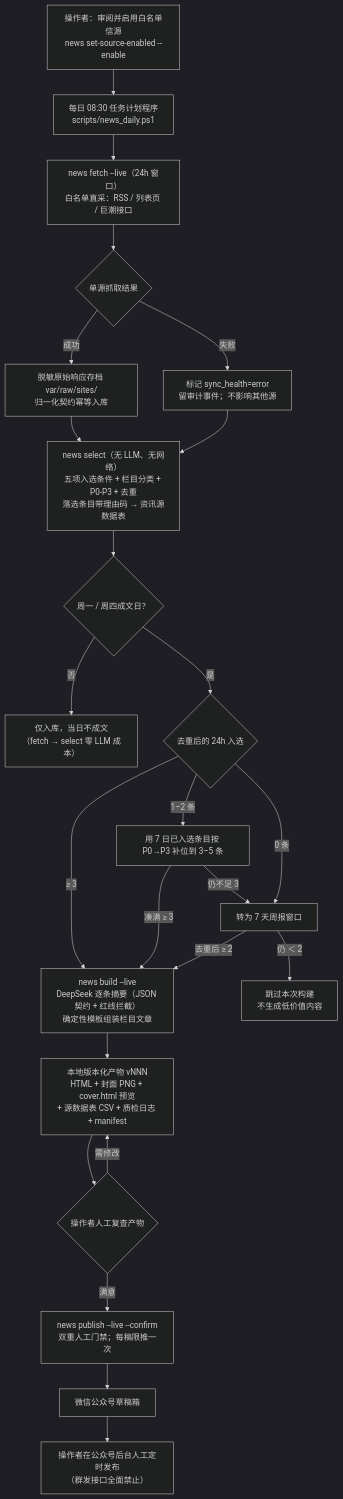
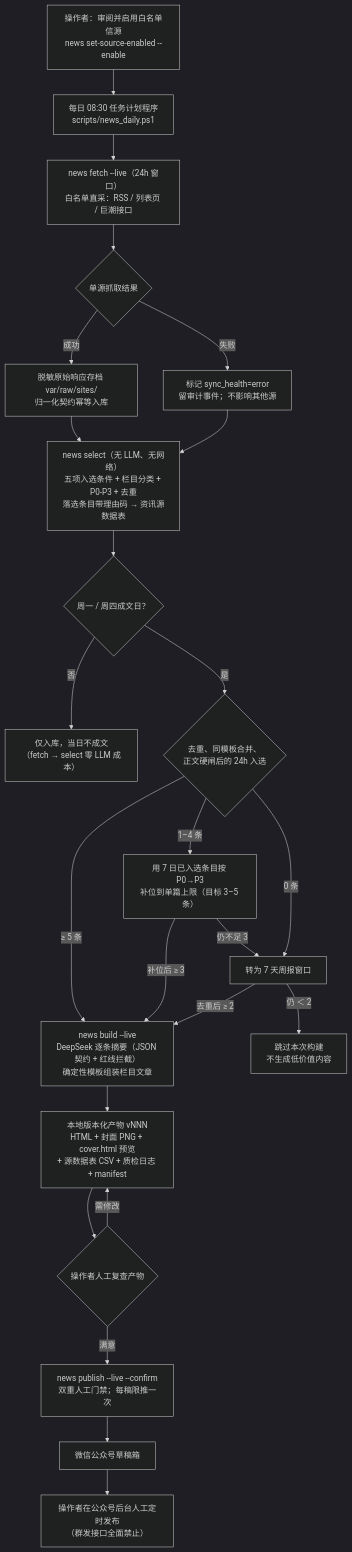
One commit to GuJiaWen777/nutrition-signal-radar changed the diagram in docs/NEWS_WORKFLOW.md. Above: the diagram before and after it, drawn with Mermaid (dark theme). The commit also changed other lines of this file and 11 other files, not shown here.

````diff
--- a/docs/NEWS_WORKFLOW.md
+++ b/docs/NEWS_WORKFLOW.md
@@ -7,26 +7,26 @@
 ```mermaid
 flowchart TD
     A["操作者：审阅并启用白名单信源<br/>news set-source-enabled --enable"] --> B["每日 08:30 任务计划程序<br/>scripts/news_daily.ps1"]
     B --> C["news fetch --live（24h 窗口）<br/>白名单直采：RSS / 列表页 / 巨潮接口"]
     C --> C1{"单源抓取结果"}
     C1 -->|"成功"| C2["脱敏原始响应存档 var/raw/sites/<br/>归一化契约幂等入库"]
     C1 -->|"失败"| C3["标记 sync_health=error<br/>留审计事件；不影响其他源"]
     C2 --> D["news select（无 LLM、无网络）<br/>五项入选条件 + 栏目分类 + P0-P3 + 去重<br/>落选条目带理由码 → 资讯源数据表"]
     C3 --> D
     D --> BD{"周一 / 周四成文日？"}
     BD -->|"否"| BD2["仅入库，当日不成文<br/>（fetch → select 零 LLM 成本）"]
-    BD -->|"是"| D1{"去重后的 24h 入选"}
-    D1 -->|"≥ 3"| E["news build --live<br/>DeepSeek 逐条摘要（JSON 契约 + 红线拦截）<br/>确定性模板组装栏目文章"]
-    D1 -->|"1–2 条"| F["用 7 日已入选条目按 P0→P3 补位到 3–5 条"]
-    F -->|"凑满 ≥ 3"| E
+    BD -->|"是"| D1{"去重、同模板合并、<br/>正文硬闸后的 24h 入选"}
+    D1 -->|"≥ 5 条"| E["news build --live<br/>DeepSeek 逐条摘要（JSON 契约 + 红线拦截）<br/>确定性模板组装栏目文章"]
+    D1 -->|"1–4 条"| F["用 7 日已入选条目按 P0→P3<br/>补位到单篇上限（目标 3–5 条）"]
+    F -->|"补位后 ≥ 3"| E
     F -->|"仍不足 3"| G["转为 7 天周报窗口"]
     D1 -->|"0 条"| G
     G -->|"去重后 ≥ 2"| E
     G -->|"仍 ＜ 2"| H["跳过本次构建<br/>不生成低价值内容"]
     E --> I["本地版本化产物 vNNN<br/>HTML + 封面 PNG + cover.html 预览<br/>+ 源数据表 CSV + 质检日志 + manifest"]
     I --> J{"操作者人工复查产物"}
     J -->|"需修改"| I
     J -->|"满意"| K["news publish --live --confirm<br/>双重人工门禁；每稿限推一次"]
     K --> L["微信公众号草稿箱"]
     L --> M["操作者在公众号后台人工定时发布<br/>（群发接口全面禁止）"]
 ```
````
